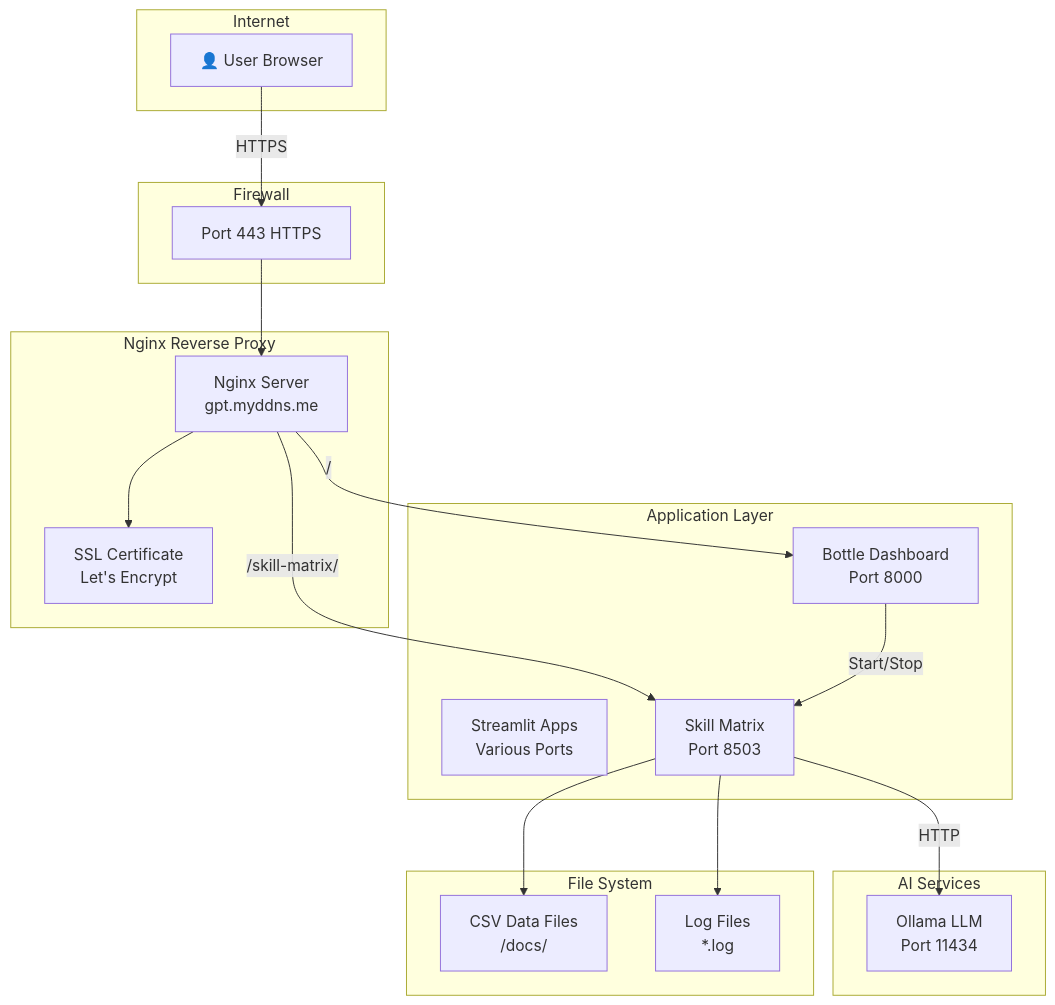
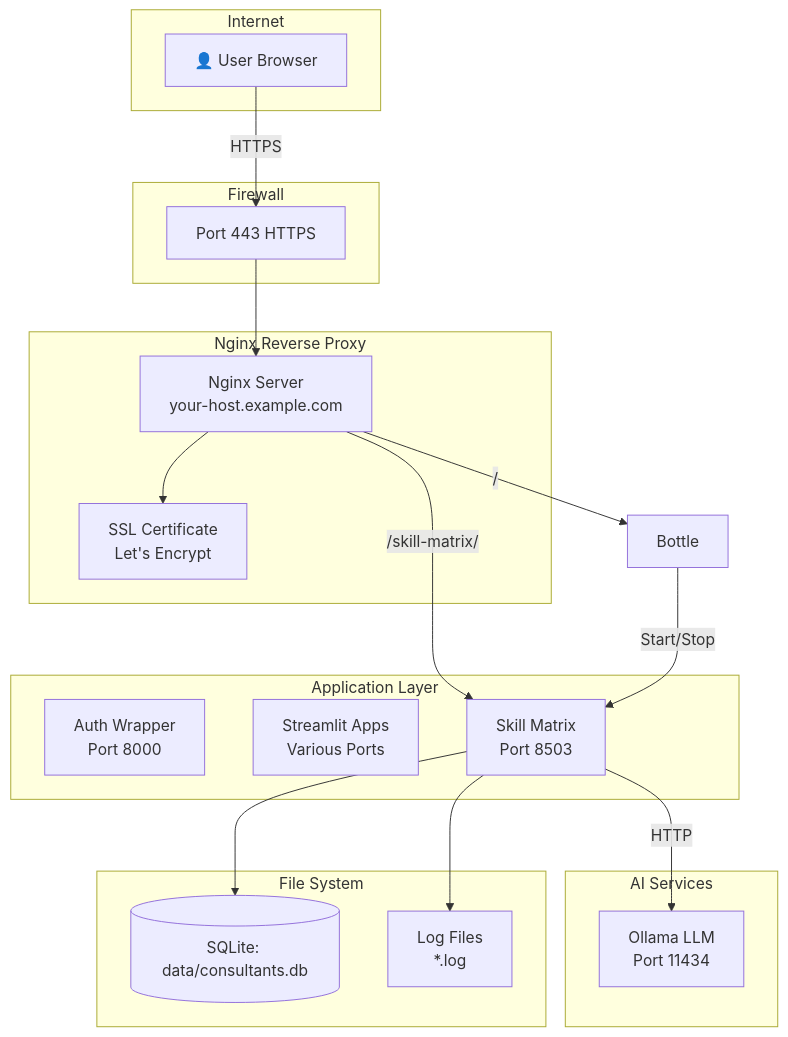
The ninth of 10 diagrams in FLOWCHART.md (aicoreml/Skill-Matrix-Match-Simap-Tenders), drawn with Mermaid before and after one commit. The commit also changed other lines of this file and 3 other files, not shown here.

````diff
--- a/FLOWCHART.md
+++ b/FLOWCHART.md
@@ -330,40 +328,40 @@
 ```mermaid
 graph TB
     subgraph "Internet"
         User[👤 User Browser]
     end
     
     subgraph "Firewall"
         FW[Port 443 HTTPS]
     end
     
     subgraph "Nginx Reverse Proxy"
-        Nginx[Nginx Server<br/>gpt.myddns.me]
+        Nginx[Nginx Server<br/>your-host.example.com]
         SSL[SSL Certificate<br/>Let's Encrypt]
     end
     
     subgraph "Application Layer"
-        Bottle[Bottle Dashboard<br/>Port 8000]
+        AuthWrapper[Auth Wrapper<br/>Port 8000]
         Streamlit[Streamlit Apps<br/>Various Ports]
         SkillMatrix[Skill Matrix<br/>Port 8503]
     end
-    
+
     subgraph "AI Services"
         Ollama[Ollama LLM<br/>Port 11434]
     end
-    
+
     subgraph "File System"
-        DataFiles[CSV Data Files<br/>/docs/]
+        DataFiles[(SQLite: data/consultants.db)]
         Logs[Log Files<br/>*.log]
     end
     
     User -->|HTTPS| FW
     FW --> Nginx
     Nginx --> SSL
     Nginx -->|/| Bottle
     Nginx -->|/skill-matrix/| SkillMatrix
     SkillMatrix -->|HTTP| Ollama
     SkillMatrix --> DataFiles
     SkillMatrix --> Logs
     Bottle -->|Start/Stop| SkillMatrix
 ```
````
